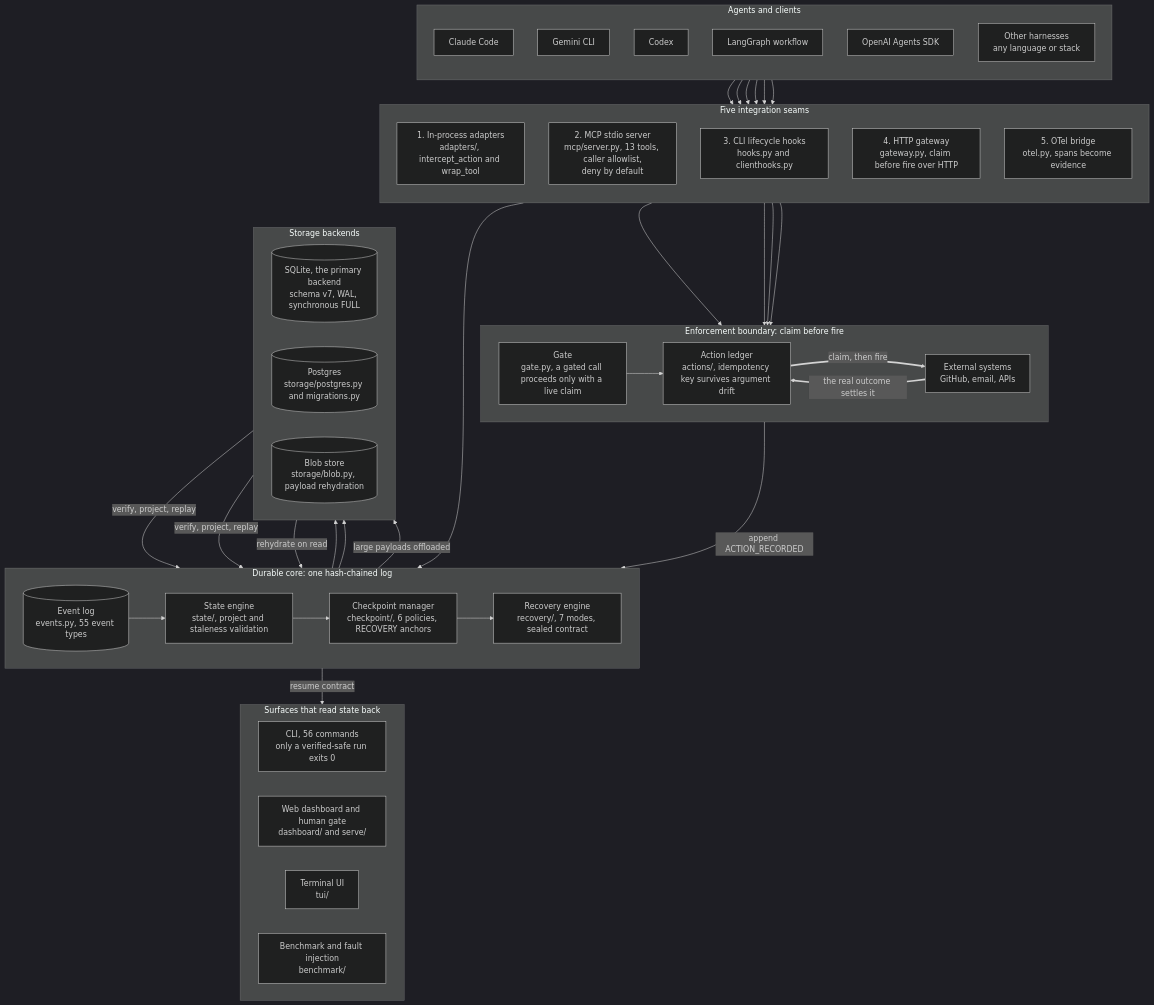
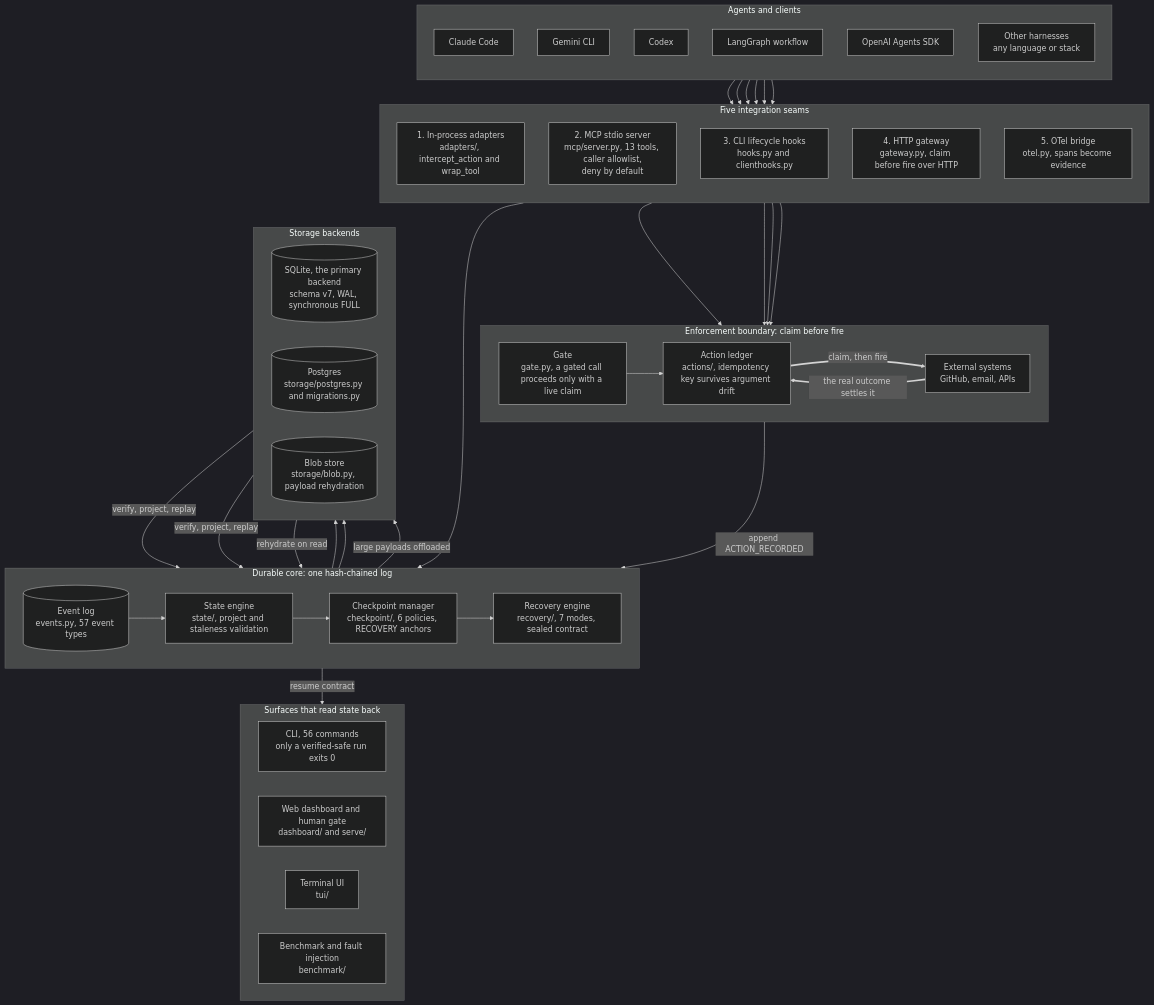
Before and after one commit to Cyrax321/CONTINUUM: the first of 2 diagrams in docs/diagrams/architecture.md, drawn with Mermaid (dark theme). The commit also changed other lines of this file and 5 other files, not shown here.

```diff
--- a/docs/diagrams/architecture.md
+++ b/docs/diagrams/architecture.md
@@ -49,7 +49,7 @@
     %% ---------- durable core ----------
     subgraph core["Durable core: one hash-chained log"]
         direction LR
-        elog[("Event log<br/>events.py, 55 event types")]
+        elog[("Event log<br/>events.py, 57 event types")]
         state["State engine<br/>state/, project and staleness validation"]
         ckpt["Checkpoint manager<br/>checkpoint/, 6 policies, RECOVERY anchors"]
         rec["Recovery engine<br/>recovery/, 7 modes, sealed contract"]
```
